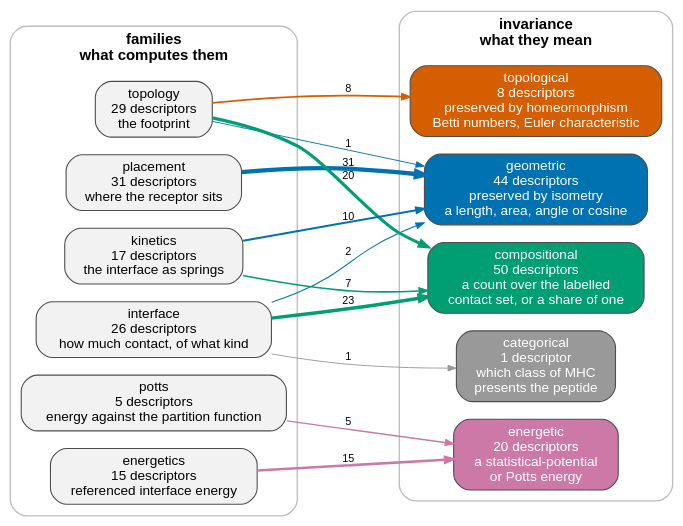
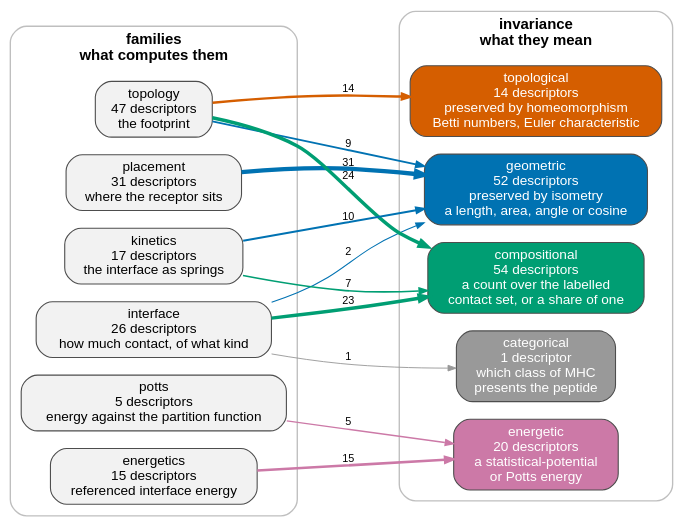
Before and after one commit to antigenomics/tcren: the diagram in docs/_static/descriptor_families.dot, drawn with Graphviz. The commit also changed 87 other files, not shown here.

```diff
--- a/docs/_static/descriptor_families.dot
+++ b/docs/_static/descriptor_families.dot
@@ -1,42 +1,42 @@
 // GENERATED by scripts/gen_family_graph.py -- do not edit.
 digraph descriptor_families {
   rankdir=LR; bgcolor="transparent"; splines=true; nodesep=0.18; ranksep=1.1;
   node [shape=box, style="rounded,filled", fontname="Helvetica", fontsize=10,
         color="#4D4D4D", penwidth=0.8];
   edge [fontname="Helvetica", fontsize=8, color="#4D4D4D", arrowsize=0.6];
 
   // what produces them: one pass of one command per family
   subgraph cluster_family {
     label="families\nwhat computes them"; fontname="Helvetica-Bold"; fontsize=11;
     color="#BFBFBF"; style=rounded;
     "placement" [fillcolor="#F2F2F2", label="placement\n31 descriptors\nwhere the receptor sits"];
     "interface" [fillcolor="#F2F2F2", label="interface\n26 descriptors\nhow much contact, of what kind"];
-    "topology" [fillcolor="#F2F2F2", label="topology\n29 descriptors\nthe footprint"];
+    "topology" [fillcolor="#F2F2F2", label="topology\n47 descriptors\nthe footprint"];
     "energetics" [fillcolor="#F2F2F2", label="energetics\n15 descriptors\nreferenced interface energy"];
     "potts" [fillcolor="#F2F2F2", label="potts\n5 descriptors\nenergy against the partition function"];
     "kinetics" [fillcolor="#F2F2F2", label="kinetics\n17 descriptors\nthe interface as springs"];
   }
 
   // what they mean: the invariance the quantity is defined up to
   subgraph cluster_class {
     label="invariance\nwhat they mean"; fontname="Helvetica-Bold"; fontsize=11;
     color="#BFBFBF"; style=rounded;
-    "geometric" [fillcolor="#0072B2", fontcolor="white", label="geometric\n44 descriptors\npreserved by isometry\na length, area, angle or cosine"];
-    "topological" [fillcolor="#D55E00", fontcolor="white", label="topological\n8 descriptors\npreserved by homeomorphism\nBetti numbers, Euler characteristic"];
-    "compositional" [fillcolor="#009E73", fontcolor="white", label="compositional\n50 descriptors\na count over the labelled\ncontact set, or a share of one"];
+    "geometric" [fillcolor="#0072B2", fontcolor="white", label="geometric\n52 descriptors\npreserved by isometry\na length, area, angle or cosine"];
+    "topological" [fillcolor="#D55E00", fontcolor="white", label="topological\n14 descriptors\npreserved by homeomorphism\nBetti numbers, Euler characteristic"];
+    "compositional" [fillcolor="#009E73", fontcolor="white", label="compositional\n54 descriptors\na count over the labelled\ncontact set, or a share of one"];
     "energetic" [fillcolor="#CC79A7", fontcolor="white", label="energetic\n20 descriptors\na statistical-potential\nor Potts energy"];
     "categorical" [fillcolor="#999999", fontcolor="white", label="categorical\n1 descriptor\nwhich class of MHC\npresents the peptide"];
   }
 
   "placement" -> "geometric" [label="31", penwidth=3.20, color="#0072B2"];
   "interface" -> "compositional" [label="23", penwidth=2.53, color="#009E73"];
   "interface" -> "geometric" [label="2", penwidth=0.77, color="#0072B2"];
   "interface" -> "categorical" [label="1", penwidth=0.68, color="#999999"];
-  "topology" -> "compositional" [label="20", penwidth=2.28, color="#009E73"];
-  "topology" -> "topological" [label="8", penwidth=1.27, color="#D55E00"];
-  "topology" -> "geometric" [label="1", penwidth=0.68, color="#0072B2"];
+  "topology" -> "compositional" [label="24", penwidth=2.61, color="#009E73"];
+  "topology" -> "topological" [label="14", penwidth=1.77, color="#D55E00"];
+  "topology" -> "geometric" [label="9", penwidth=1.35, color="#0072B2"];
   "energetics" -> "energetic" [label="15", penwidth=1.86, color="#CC79A7"];
   "potts" -> "energetic" [label="5", penwidth=1.02, color="#CC79A7"];
   "kinetics" -> "geometric" [label="10", penwidth=1.44, color="#0072B2"];
   "kinetics" -> "compositional" [label="7", penwidth=1.19, color="#009E73"];
 }
```
